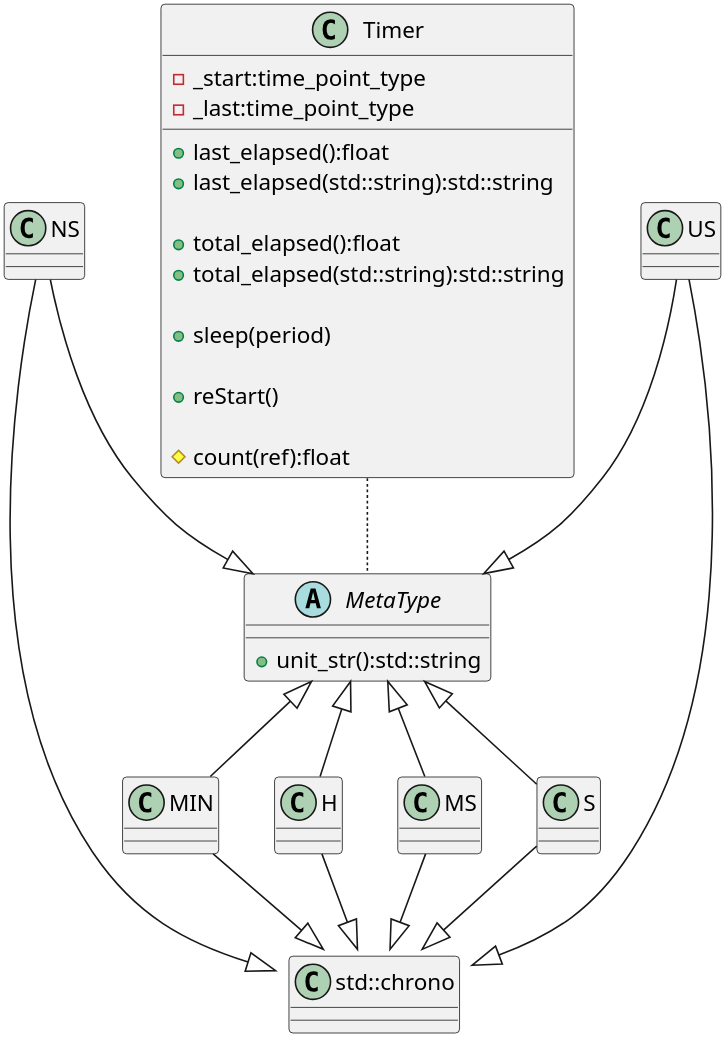
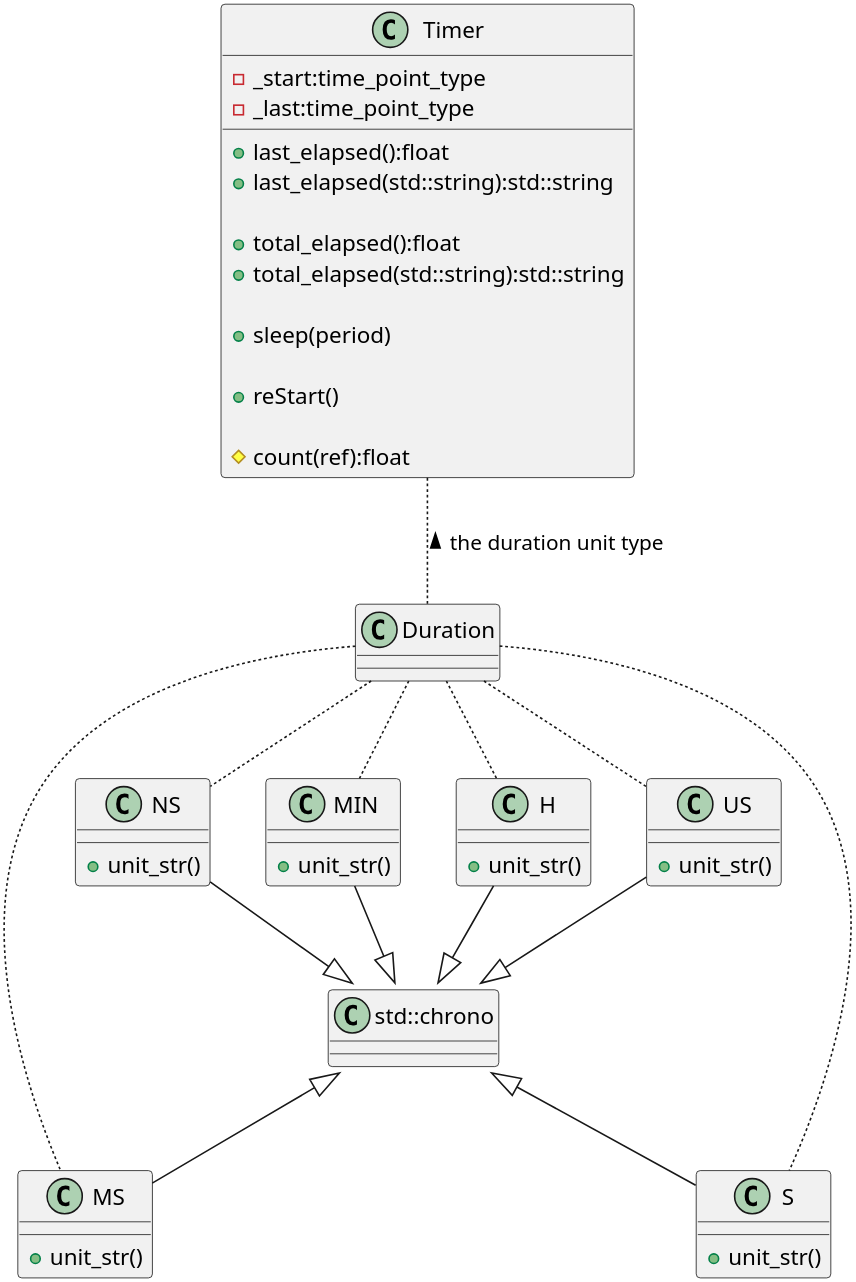
One commit to Unsigned-Long/Timer changed the diagram in docs/timer.puml. Above: the diagram before and after it, drawn with PlantUML. The commit also changed 3 other files, not shown here.

```diff
--- a/docs/timer.puml
+++ b/docs/timer.puml
@@ -1,45 +1,63 @@
 @startuml timer
 skinparam DefaultFontName "Ubuntu Mono"
 scale 20
 
-abstract class MetaType{
-    + unit_str():std::string
-}
-NS --|> MetaType
+
 NS --|> std::chrono::nanoseconds
 
-US --|> MetaType
 US --|> std::chrono::microseconds
 
-MS -up-|> MetaType
-MS --|> std::chrono::milliseconds
+MS -up-|> std::chrono::milliseconds
 
-S -up-|> MetaType
-S --|> std::chrono::seconds
+S -up-|> std::chrono::seconds
 
-MIN -up-|> MetaType
 MIN --|> std::chrono::minutes
 
-H -up-|> MetaType
 H --|> std::chrono::hours
 
 class Timer{
     - _start:time_point_type
     - _last:time_point_type
 
     + last_elapsed():float
     + last_elapsed(std::string):std::string
    
     + total_elapsed():float
     + total_elapsed(std::string):std::string
 
     + sleep(period)
 
     + reStart()
 
     # count(ref):float
 }
 
-MetaType .up. Timer
+NS .up. Duration
+US .up. Duration
+MS .up. Duration
+S .up. Duration
+MIN .up. Duration
+H .up. Duration
+
+Duration .up. Timer : the duration unit type >
+
+class NS{
+    + unit_str()
+}
+class US{
+    + unit_str()
+}
+class MS{
+    + unit_str()
+}
+class S{
+    + unit_str()
+}
+class MIN{
+    + unit_str()
+}
+class H{
+    + unit_str()
+}
 
 @enduml
```
